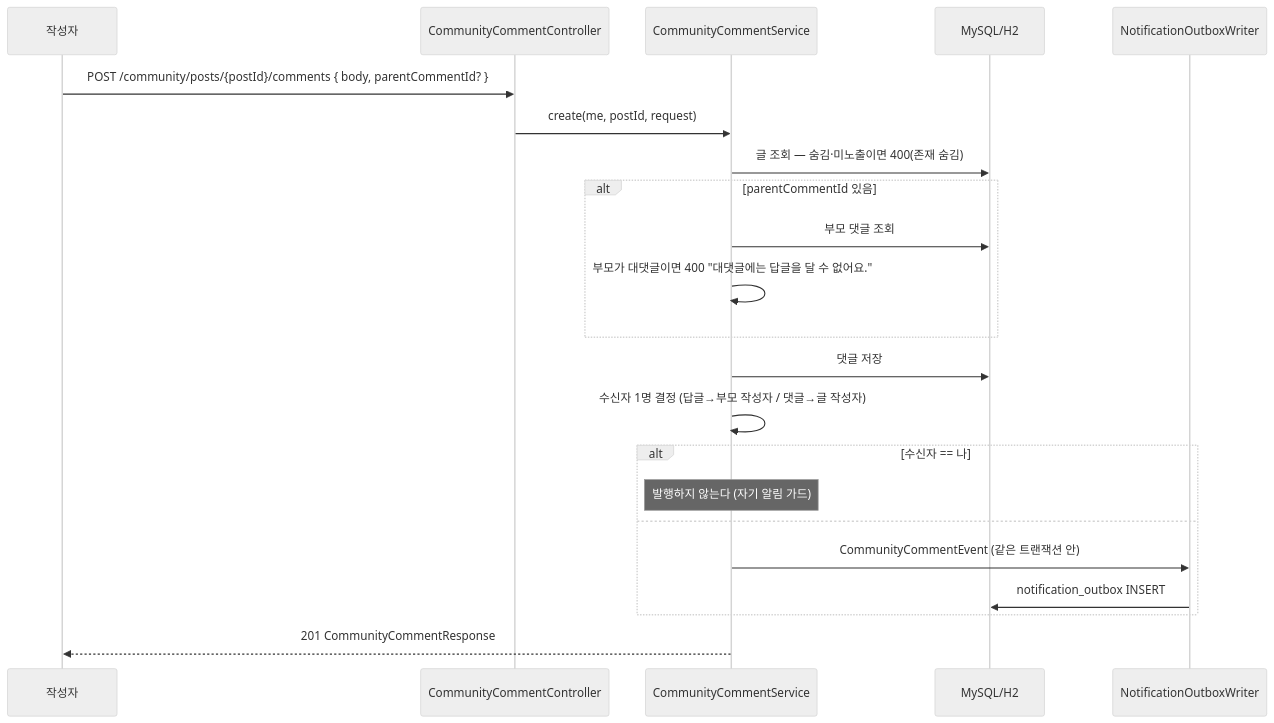
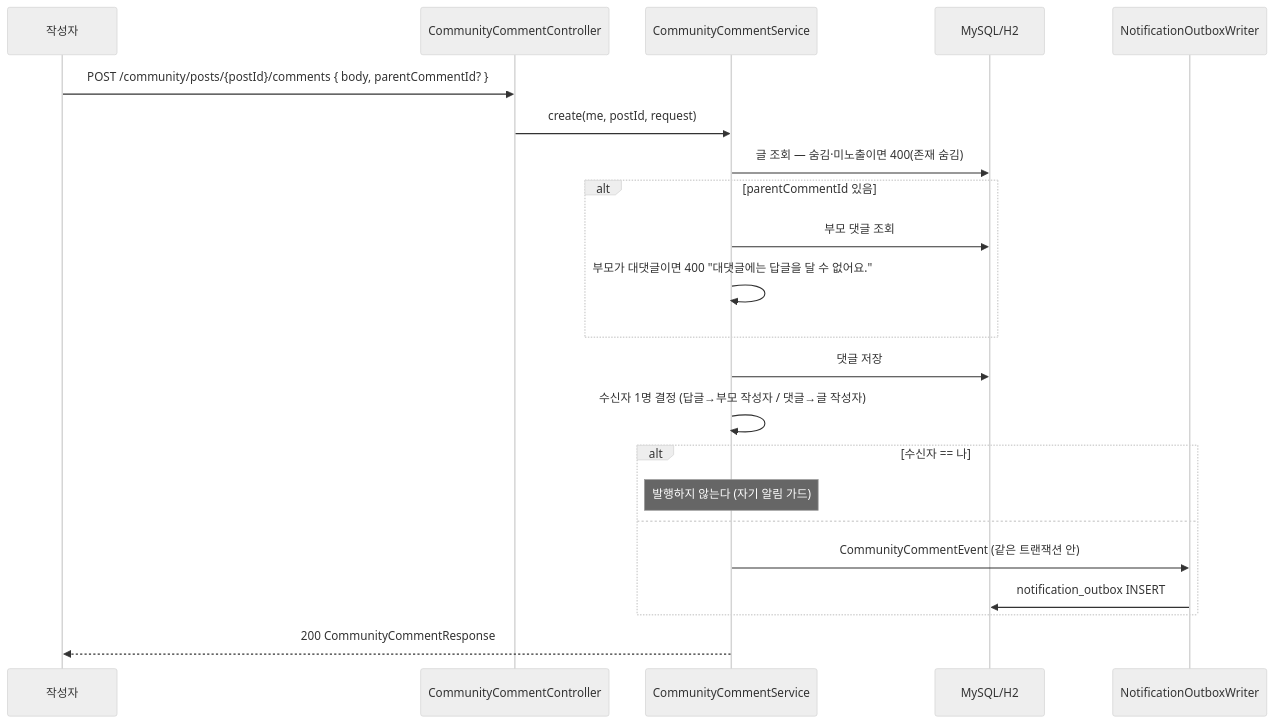
The third of 5 diagrams in docs/architecture/community.md (pungdong/Pungdong-Backend), drawn with Mermaid (neutral theme) before and after one commit. The commit also changed other lines of this file and 2 other files, not shown here.

Commit message:
Docs: 피드 sort 파라미터가 "없다" 고 적힌 두 곳을 실제와 맞춘다
컨트롤러 Javadoc 이 "정렬 파라미터는 받지 않는다" 라고 적혀 있는데
바로 아래 시그니처가 FeedSort sort 를 받는다. types.ts 의 피드 주석도
같은 말을 하고 있었다. PR1 에는 정말 없었고 PR2 에서 POPULAR 을 추가하며
주석만 안 고친 자리다.

CommunityFeedSort 타입은 types.ts 에 선언만 돼 있고 아무도 참조하지 않아
불일치가 드러나지 않았다 — 이제 피드 주석이 그 타입을 가리킨다.

영향: FE 가 문서를 보고 "인기" pill 을 안 만들었을 수 있다(fe-dev 확인 요청함).
서버는 이미 동작하며 ?sort=POPULAR 실측 확인했다.

````diff
--- a/docs/architecture/community.md
+++ b/docs/architecture/community.md
@@ -76,25 +76,25 @@
 ```mermaid
 sequenceDiagram
   participant U as 작성자
   participant CC as CommunityCommentController
   participant CS as CommunityCommentService
   participant DB as MySQL/H2
   participant OB as NotificationOutboxWriter
 
   U->>CC: POST /community/posts/{postId}/comments { body, parentCommentId? }
   CC->>CS: create(me, postId, request)
   CS->>DB: 글 조회 — 숨김·미노출이면 400(존재 숨김)
   alt parentCommentId 있음
     CS->>DB: 부모 댓글 조회
     CS->>CS: 부모가 대댓글이면 400 "대댓글에는 답글을 달 수 없어요."
   end
   CS->>DB: 댓글 저장
   CS->>CS: 수신자 1명 결정 (답글→부모 작성자 / 댓글→글 작성자)
   alt 수신자 == 나
     Note over CS: 발행하지 않는다 (자기 알림 가드)
   else
     CS->>OB: CommunityCommentEvent (같은 트랜잭션 안)
     OB->>DB: notification_outbox INSERT
   end
-  CS-->>U: 201 CommunityCommentResponse
+  CS-->>U: 200 CommunityCommentResponse
 ```
````
